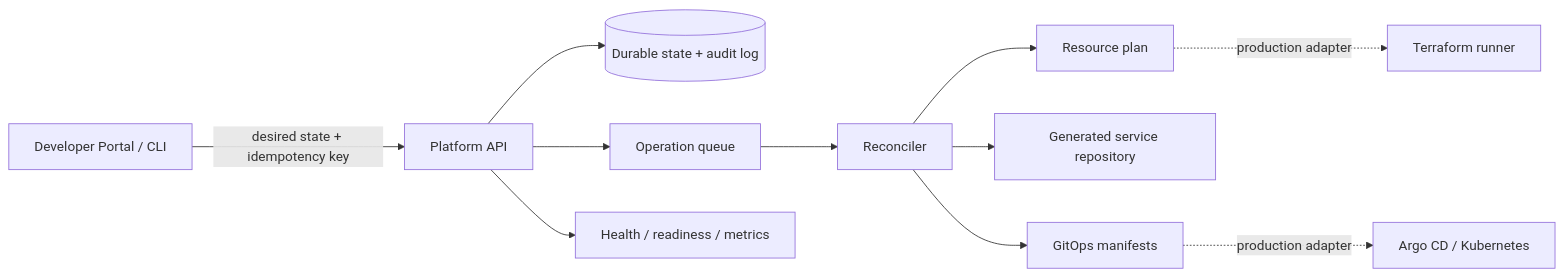
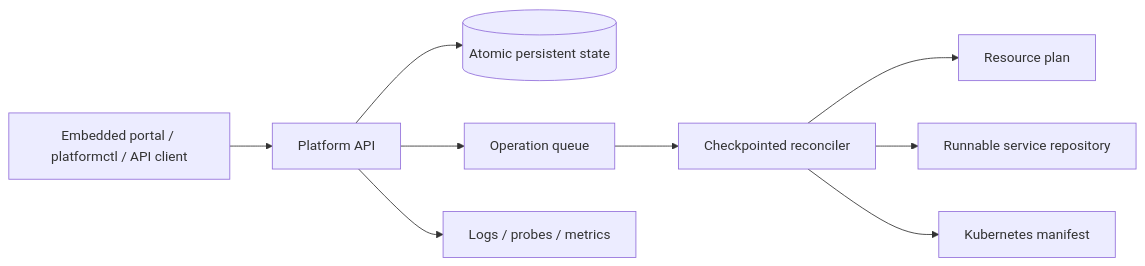
One commit to QihuiPan/internal-developer-platform changed the diagram in README.md. Above: the diagram before and after it, drawn with Mermaid. The commit also changed other lines of this file and 44 other files, not shown here.

````diff
--- a/README.md
+++ b/README.md
@@ -22,13 +80,11 @@
 ```mermaid
 flowchart LR
-    U[Developer Portal / CLI] -->|desired state + idempotency key| API[Platform API]
-    API --> STORE[(Durable state + audit log)]
+    U[Embedded portal / platformctl / API client] --> API[Platform API]
+    API --> STORE[(Atomic persistent state)]
     API --> Q[Operation queue]
-    Q --> W[Reconciler]
+    Q --> W[Checkpointed reconciler]
     W --> PLAN[Resource plan]
-    W --> REPO[Generated service repository]
-    W --> GITOPS[GitOps manifests]
-    GITOPS -. production adapter .-> ARGO[Argo CD / Kubernetes]
-    PLAN -. production adapter .-> TF[Terraform runner]
-    API --> METRICS[Health / readiness / metrics]
+    W --> REPO[Runnable service repository]
+    W --> GITOPS[Kubernetes manifest]
+    API --> OBS[Logs / probes / metrics]
 ```
````
